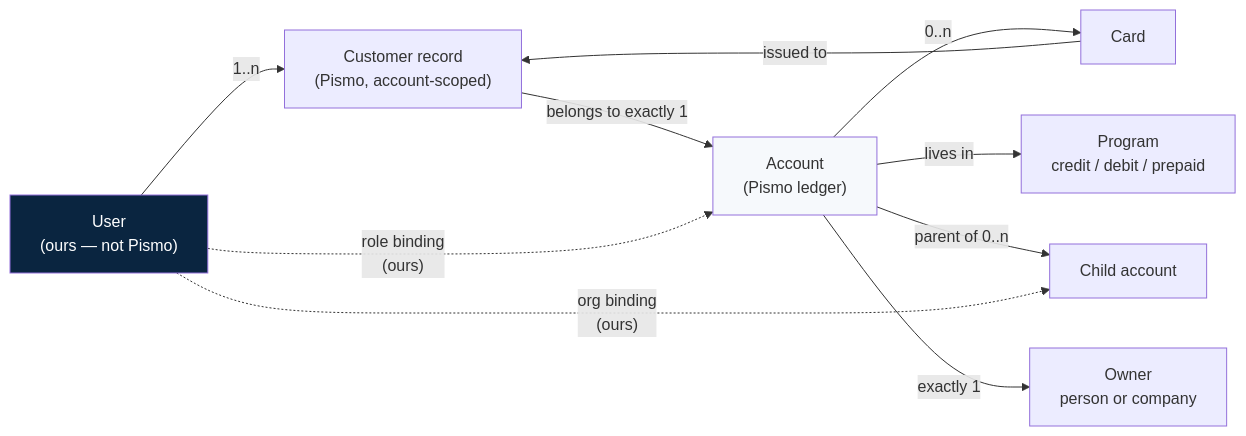
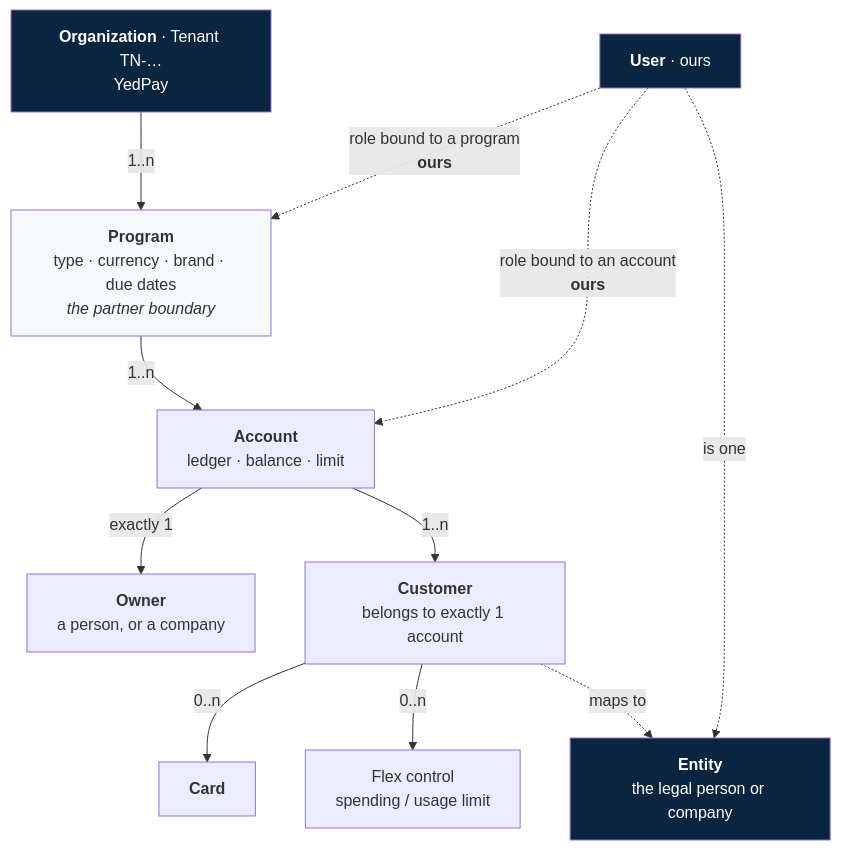
One commit to yr08ii/card-management-app changed the third of 3 diagrams in docs/Feature-list.md. Above: the diagram before and after it, drawn with Mermaid. The commit also changed other lines of this file and 1 other file, not shown here.

First line of the commit message:
docs: reshape around Pismo object model; add partner card programs

````diff
--- a/docs/Feature-list.md
+++ b/docs/Feature-list.md
@@ -324,15 +453,19 @@
 ```mermaid
-flowchart LR
-    U["User<br/>(ours — not Pismo)"] -->|"1..n"| C["Customer record<br/>(Pismo, account-scoped)"]
-    C -->|"belongs to exactly 1"| A["Account<br/>(Pismo ledger)"]
-    A -->|"0..n"| K["Card"]
-    K -->|"issued to"| C
-    A -->|"lives in"| P["Program<br/>credit / debit / prepaid"]
-    A -->|"parent of 0..n"| A2["Child account"]
-    A -->|"exactly 1"| O["Owner<br/>person or company"]
-    U -.->|"role binding<br/>(ours)"| A
-    U -.->|"org binding<br/>(ours)"| A2
+flowchart TD
+    ORG["<b>Organization</b> · Tenant TN-…<br/>YedPay"] -->|"1..n"| PG["<b>Program</b><br/>type · currency · brand · due dates<br/><i>the partner boundary</i>"]
+    PG -->|"1..n"| A["<b>Account</b><br/>ledger · balance · limit"]
+    A -->|"exactly 1"| OWN["<b>Owner</b><br/>a person, or a company"]
+    A -->|"1..n"| C["<b>Customer</b><br/>belongs to exactly 1 account"]
+    C -->|"0..n"| K["<b>Card</b>"]
+    C -->|"0..n"| FX["Flex control<br/>spending / usage limit"]
+    C -.->|"maps to"| E["<b>Entity</b><br/>the legal person or company"]
 
+    U["<b>User</b> · ours"] -.->|"is one"| E
+    U -.->|"role bound to an account<br/><b>ours</b>"| A
+    U -.->|"role bound to a program<br/><b>ours</b>"| PG
+
+    style ORG fill:#0A2540,color:#fff
+    style E fill:#0A2540,color:#fff
     style U fill:#0A2540,color:#fff
-    style A fill:#F6F9FC
+    style PG fill:#F6F9FC
 ```
````
